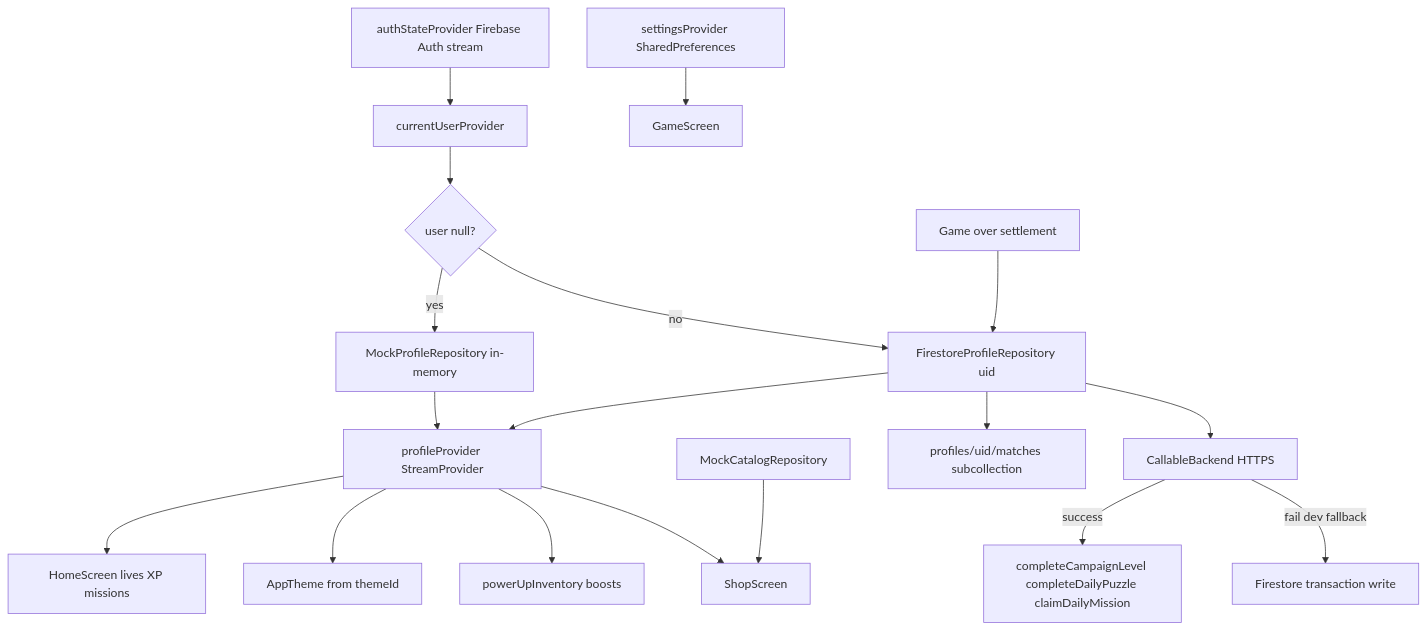
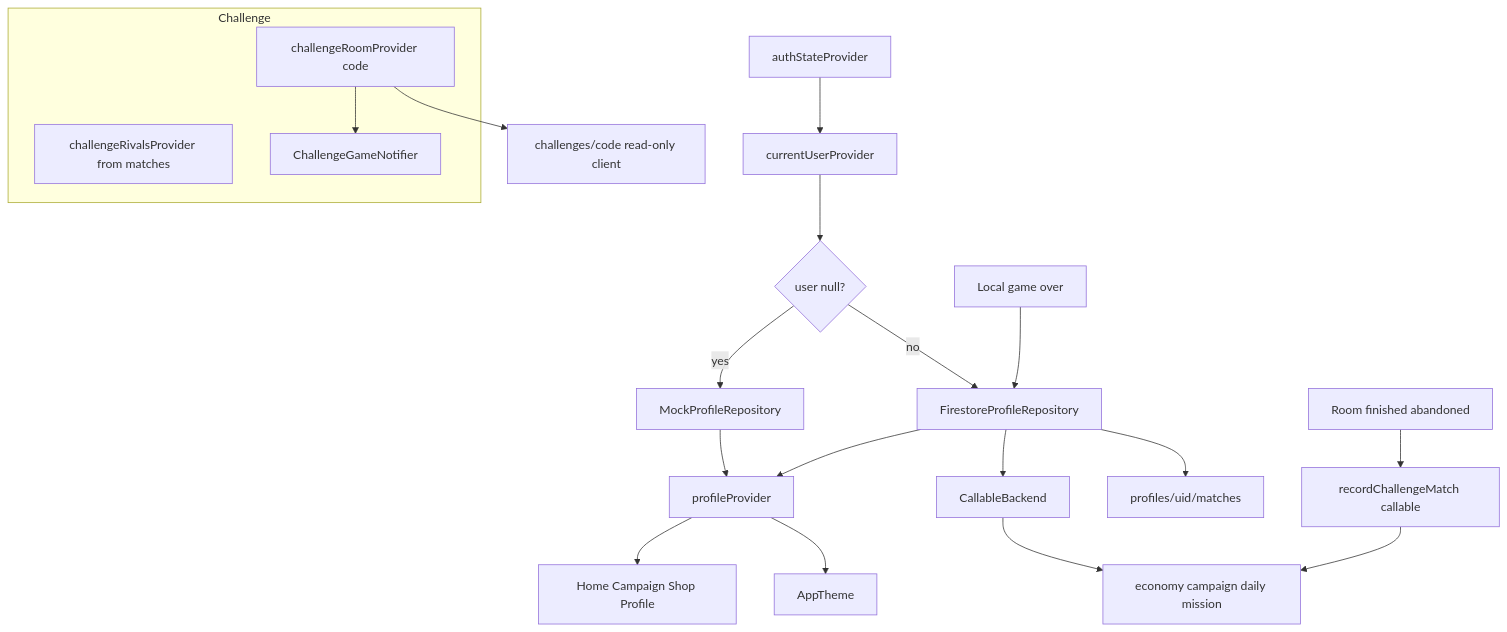
One commit to vividmemories-games/Dot_Clash changed the seventh of 10 diagrams in docs/architecture.md. Above: the diagram before and after it, drawn with Mermaid. The commit also changed other lines of this file and 13 other files, not shown here.

````diff
--- a/docs/architecture.md
+++ b/docs/architecture.md
@@ -198,27 +303,31 @@
 ```mermaid
 flowchart TD
-  AuthState[authStateProvider Firebase Auth stream]
+  AuthState[authStateProvider]
   CurrentUser[currentUserProvider]
   AuthState --> CurrentUser
 
   CurrentUser --> RepoSwitch{user null?}
-  RepoSwitch -->|yes| Mock[MockProfileRepository in-memory]
-  RepoSwitch -->|no| FS[FirestoreProfileRepository uid]
+  RepoSwitch -->|yes| Mock[MockProfileRepository]
+  RepoSwitch -->|no| FS[FirestoreProfileRepository]
 
-  Mock --> ProfileStream[profileProvider StreamProvider]
+  Mock --> ProfileStream[profileProvider]
   FS --> ProfileStream
 
-  ProfileStream --> HomeUI[HomeScreen lives XP missions]
-  ProfileStream --> Theme[AppTheme from themeId]
-  ProfileStream --> GameBoosts[powerUpInventory boosts]
-  ProfileStream --> Shop[ShopScreen]
+  ProfileStream --> HomeUI[Home Campaign Shop Profile]
+  ProfileStream --> Theme[AppTheme]
 
-  GameOver[Game over settlement] --> FS
-  FS --> TryCallable[CallableBackend HTTPS]
-  TryCallable -->|success| Functions[completeCampaignLevel completeDailyPuzzle claimDailyMission]
-  TryCallable -->|fail dev fallback| DirectWrite[Firestore transaction write]
-  FS --> MatchHistory["profiles/uid/matches subcollection"]
+  subgraph challengeData [Challenge]
+    RoomStream[challengeRoomProvider code]
+    Rivals[challengeRivalsProvider from matches]
+    RoomStream --> CGN[ChallengeGameNotifier]
+  end
 
-  Settings[settingsProvider SharedPreferences] --> GameScreen
-  Catalog[MockCatalogRepository] --> Shop
+  GameOverLocal[Local game over] --> FS
+  ChallengeDone[Room finished abandoned] --> RecordCM[recordChallengeMatch callable]
+
+  FS --> TryCallable[CallableBackend]
+  TryCallable --> Functions[economy campaign daily mission]
+  RecordCM --> Functions
+  FS --> MatchHistory["profiles/uid/matches"]
+  RoomStream --> ChallengesRead["challenges/code read-only client"]
 ```
````
